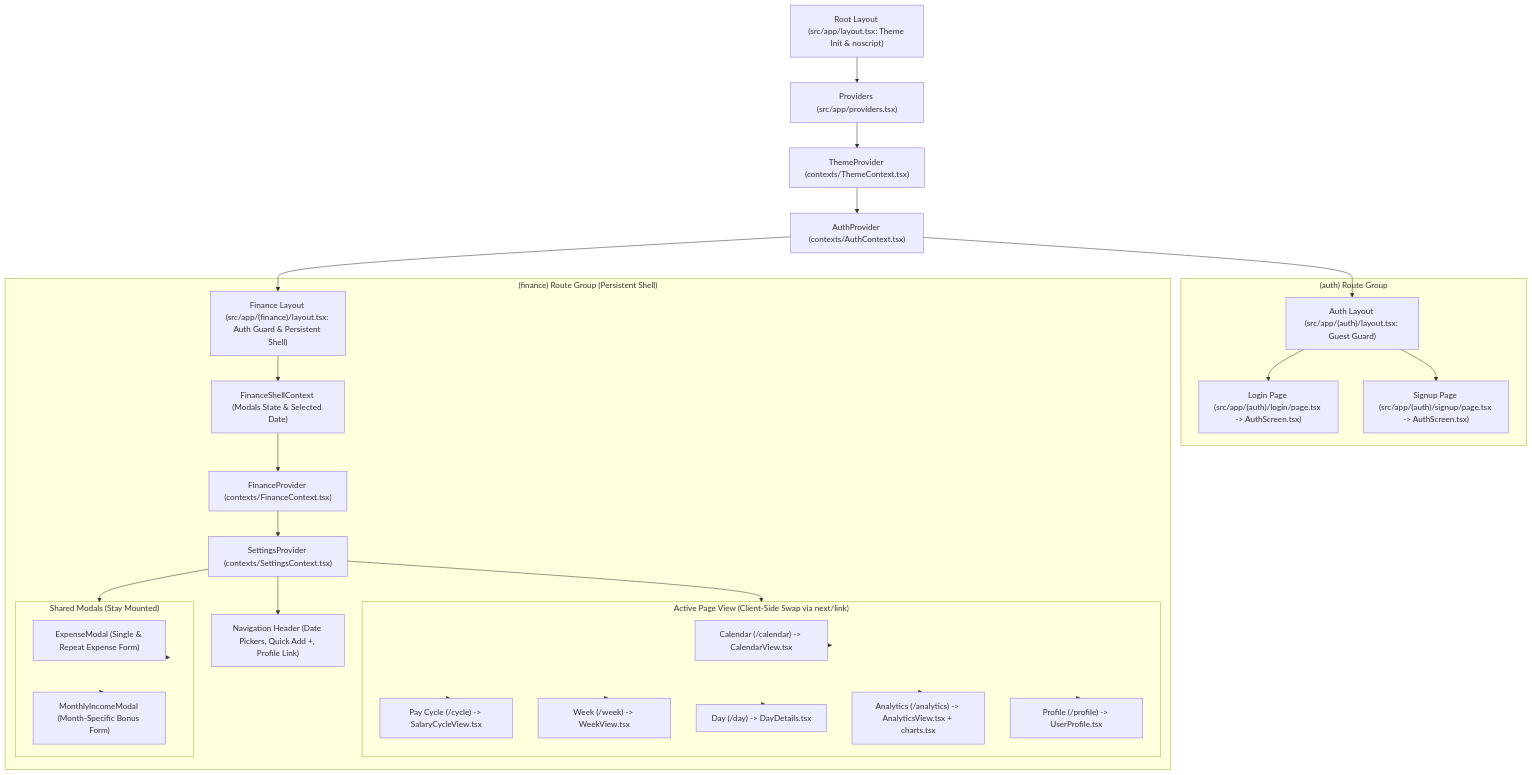
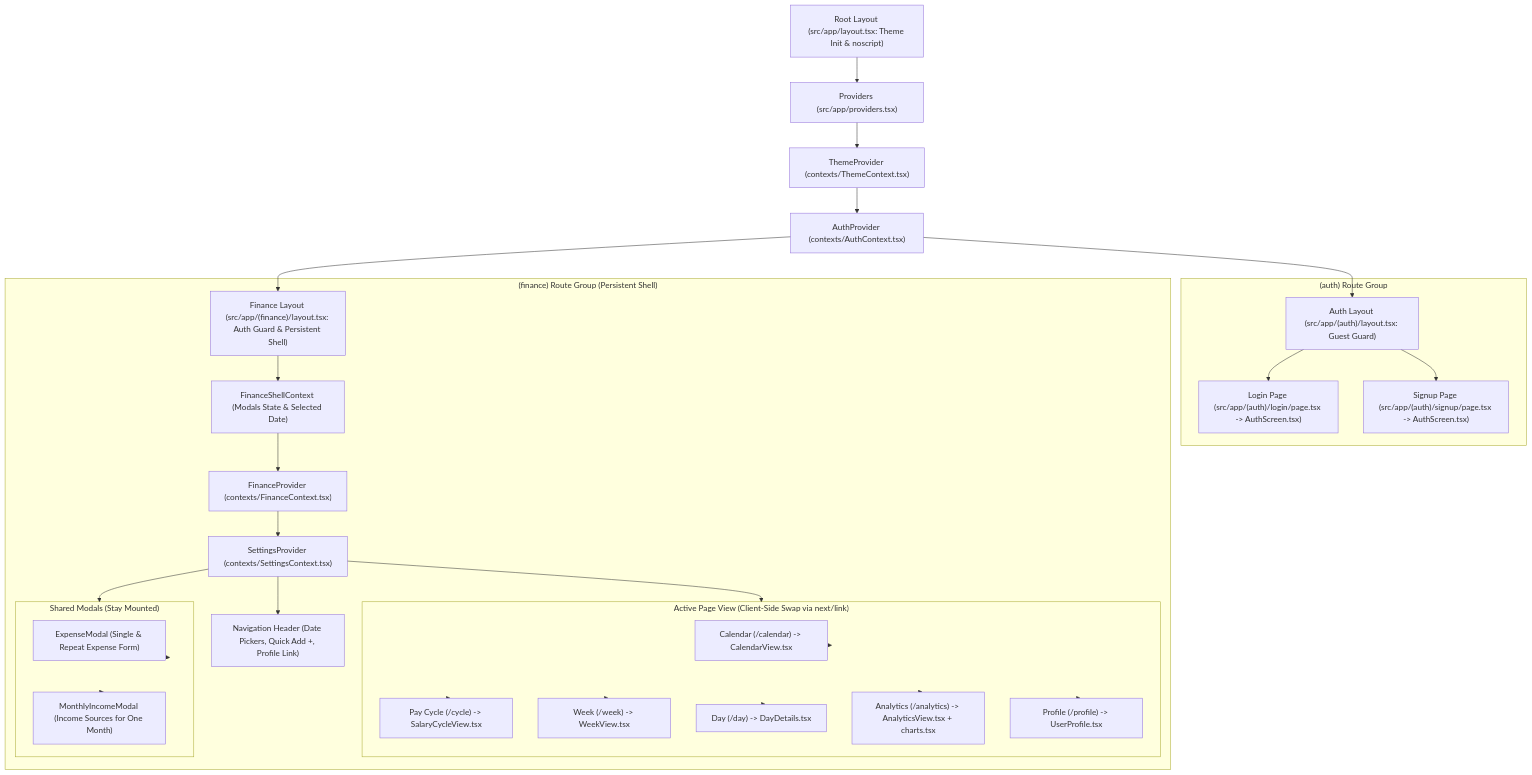
One commit to nnminh-sam/my_finance changed the first of 5 diagrams in docs/04-source-code-architecture.md. Above: the diagram before and after it, drawn with Mermaid. The commit also changed other lines of this file and 51 other files, not shown here.

````diff
--- a/docs/04-source-code-architecture.md
+++ b/docs/04-source-code-architecture.md
@@ -13,45 +13,45 @@
 ```mermaid
 flowchart TB
     RootLayout["Root Layout (src/app/layout.tsx: Theme Init & noscript)"]
     Providers["Providers (src/app/providers.tsx)"]
     ThemeProv["ThemeProvider (contexts/ThemeContext.tsx)"]
     AuthProv["AuthProvider (contexts/AuthContext.tsx)"]
 
     subgraph AuthGroup["(auth) Route Group"]
         AuthLayout["Auth Layout (src/app/(auth)/layout.tsx: Guest Guard)"]
         LoginView["Login Page (src/app/(auth)/login/page.tsx -> AuthScreen.tsx)"]
         SignupView["Signup Page (src/app/(auth)/signup/page.tsx -> AuthScreen.tsx)"]
     end
 
     subgraph FinanceGroup["(finance) Route Group (Persistent Shell)"]
         FinLayout["Finance Layout (src/app/(finance)/layout.tsx: Auth Guard & Persistent Shell)"]
         FinShellCtx["FinanceShellContext (Modals State & Selected Date)"]
         FinProv["FinanceProvider (contexts/FinanceContext.tsx)"]
         SetProv["SettingsProvider (contexts/SettingsContext.tsx)"]
         FinHeader["Navigation Header (Date Pickers, Quick Add +, Profile Link)"]
         
         subgraph ActivePageView["Active Page View (Client-Side Swap via next/link)"]
             CalPage["Calendar (/calendar) -> CalendarView.tsx"]
             CycPage["Pay Cycle (/cycle) -> SalaryCycleView.tsx"]
             WkPage["Week (/week) -> WeekView.tsx"]
             DayPage["Day (/day) -> DayDetails.tsx"]
             AnaPage["Analytics (/analytics) -> AnalyticsView.tsx + charts.tsx"]
             ProfPage["Profile (/profile) -> UserProfile.tsx"]
         end
 
         subgraph PersistentModals["Shared Modals (Stay Mounted)"]
             ExpModal["ExpenseModal (Single & Repeat Expense Form)"]
-            IncModal["MonthlyIncomeModal (Month-Specific Bonus Form)"]
+            IncModal["MonthlyIncomeModal (Income Sources for One Month)"]
         end
     end
 
     RootLayout --> Providers
     Providers --> ThemeProv --> AuthProv
     AuthProv --> AuthLayout
     AuthProv --> FinLayout
     AuthLayout --> LoginView & SignupView
     FinLayout --> FinShellCtx --> FinProv --> SetProv
     SetProv --> FinHeader & ActivePageView & PersistentModals
     PersistentModals --> ExpModal & IncModal
     ActivePageView --> CalPage & CycPage & WkPage & DayPage & AnaPage & ProfPage
 ```
````
